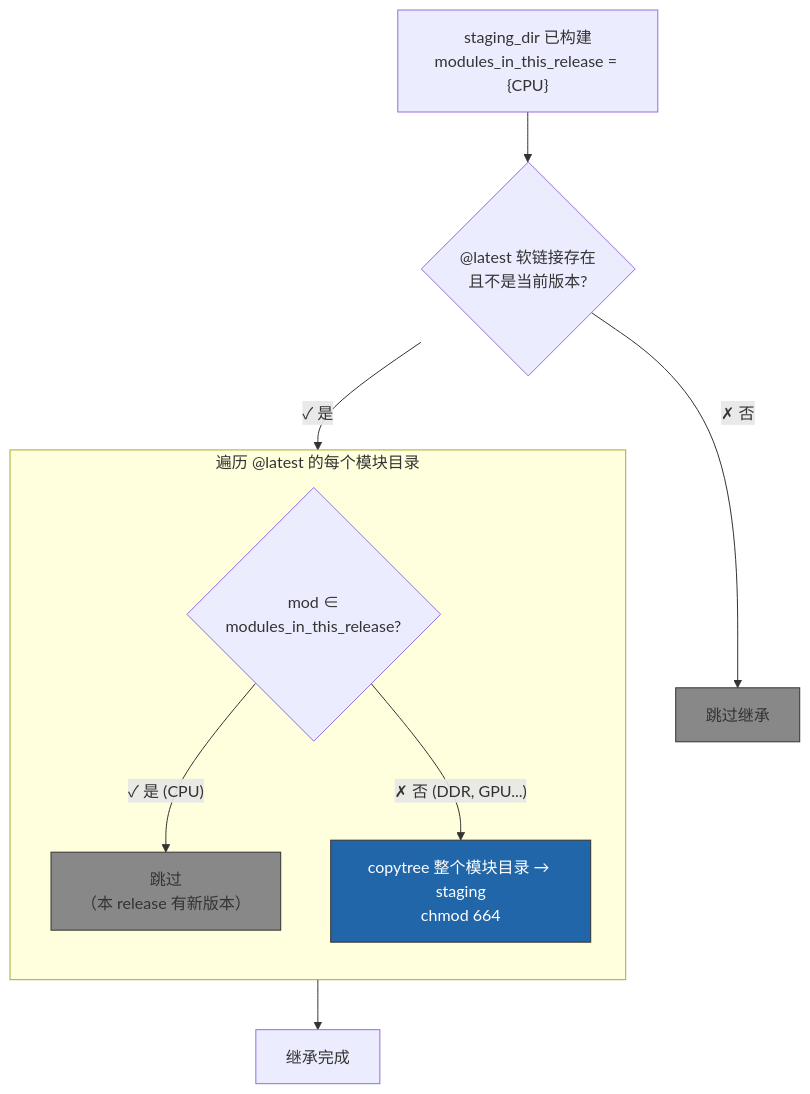
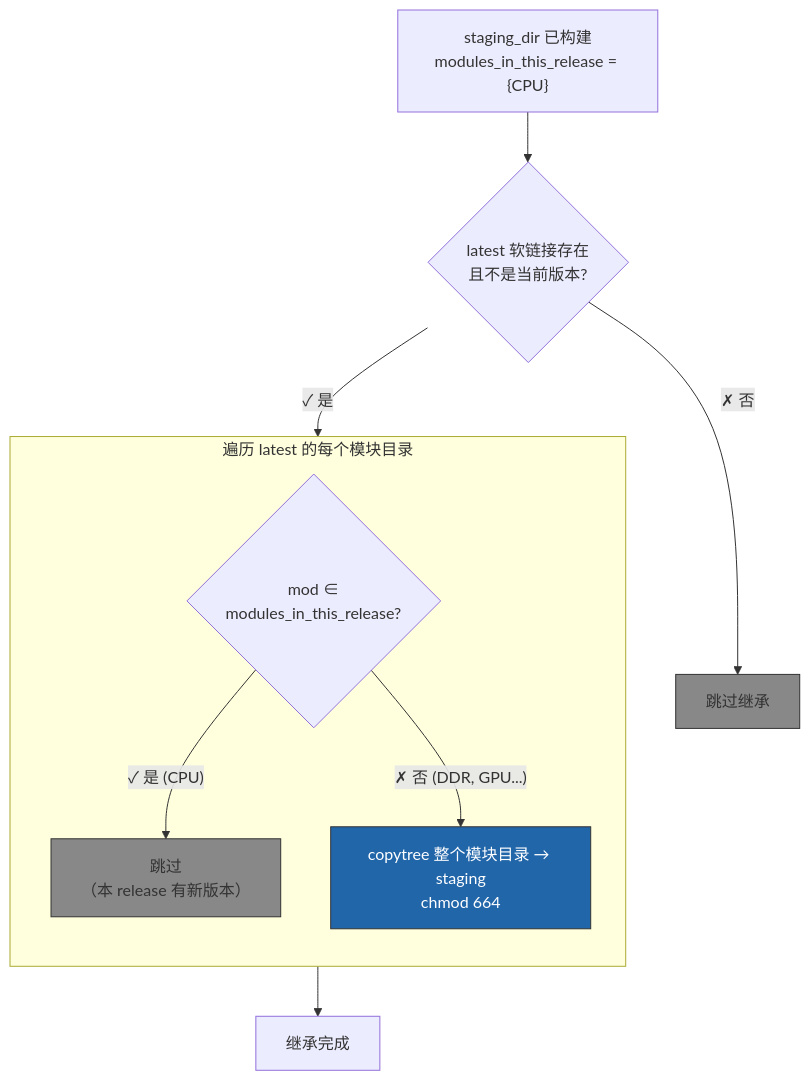
The ninth of 17 diagrams in docs/WORKFLOWS.md (winsight/ddm), drawn with Mermaid before and after one commit. The commit also changed other lines of this file and 8 other files, not shown here.

````diff
--- a/docs/WORKFLOWS.md
+++ b/docs/WORKFLOWS.md
@@ -407,21 +407,21 @@
 ```mermaid
 flowchart TD
     START2["staging_dir 已构建<br/>modules_in_this_release = {CPU}"] --> Q
 
-    Q{"@latest 软链接存在<br/>且不是当前版本?"}
+    Q{"latest 软链接存在<br/>且不是当前版本?"}
     Q -->|"✗ 否"| SKIP["跳过继承"]
     Q -->|"✓ 是"| LOOP
 
-    subgraph LOOP["遍历 @latest 的每个模块目录"]
+    subgraph LOOP["遍历 latest 的每个模块目录"]
         direction TB
         R{"mod ∈<br/>modules_in_this_release?"}
         R -->|"✓ 是 (CPU)"| SKIP_MOD["跳过<br/>（本 release 有新版本）"]
         R -->|"✗ 否 (DDR, GPU...)"| COPY["copytree 整个模块目录 → staging<br/>chmod 664"]
     end
 
     LOOP --> DONE["继承完成"]
 
     style COPY fill:#26a,stroke:#333,color:#fff
     style SKIP_MOD fill:#888,stroke:#333
     style SKIP fill:#888,stroke:#333
 ```
````
